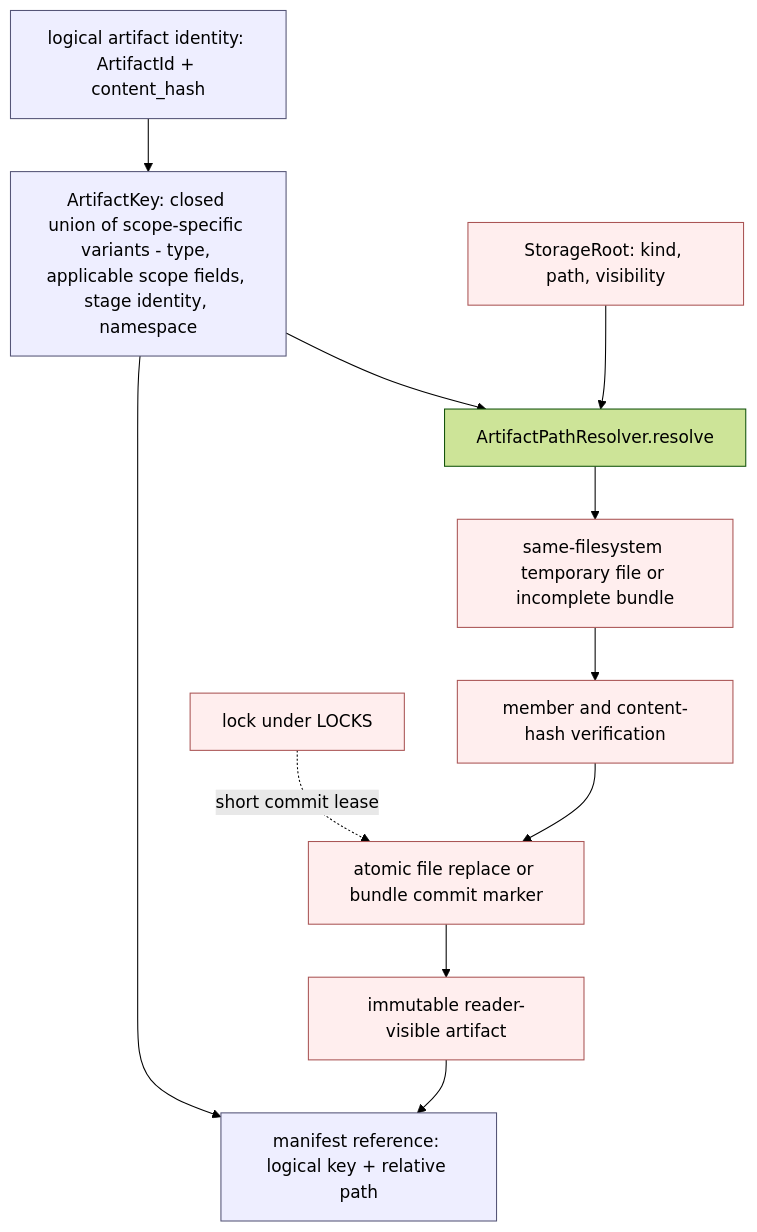
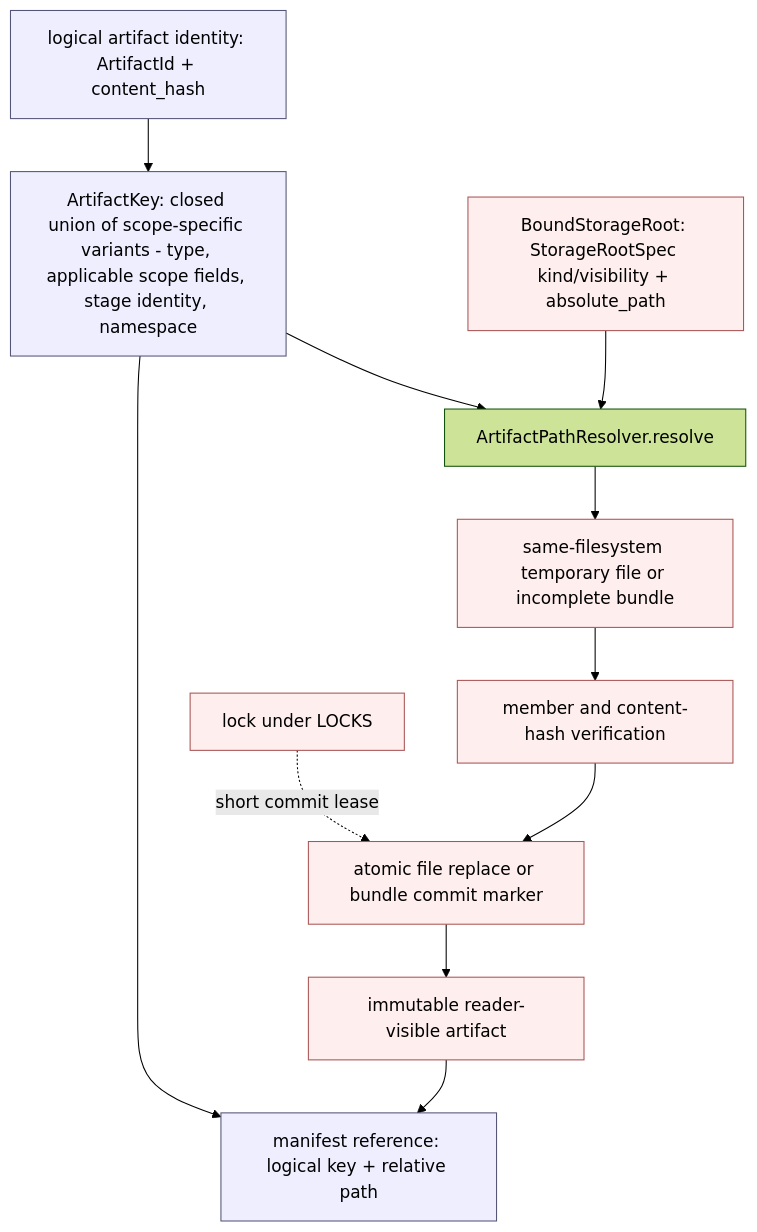
The seventh of 10 diagrams in docs/DATP Core Architecture.md (naslouby-salahe/datp-core), drawn with Mermaid (forest theme) before and after one commit. The commit also changed other lines of this file, not shown here.

Commit message:
Fix architecture

````diff
--- a/docs/DATP Core Architecture.md
+++ b/docs/DATP Core Architecture.md
@@ -1550,29 +1578,29 @@
 ```mermaid
 graph TD
     ID[logical artifact identity: ArtifactId + content_hash]
     KEY[ArtifactKey: closed union of scope-specific variants - type, applicable scope fields, stage identity, namespace]
-    ROOT[StorageRoot: kind, path, visibility]
+    ROOT[BoundStorageRoot: StorageRootSpec kind/visibility + absolute_path]
     RES[ArtifactPathResolver.resolve]
     TMP[same-filesystem temporary file or incomplete bundle]
     VERIFY[member and content-hash verification]
     COMMIT[atomic file replace or bundle commit marker]
     FINAL[immutable reader-visible artifact]
     MAN[manifest reference: logical key + relative path]
     LOCK[lock under LOCKS]
 
     ID --> KEY
     KEY --> RES
     ROOT --> RES
     RES --> TMP
     TMP --> VERIFY
     LOCK -.short commit lease.-> COMMIT
     VERIFY --> COMMIT
     COMMIT --> FINAL
     FINAL --> MAN
     KEY --> MAN
 
     classDef logical fill:#eef,stroke:#557;
     classDef physical fill:#fee,stroke:#a55;
     class ID,KEY,MAN logical;
     class ROOT,TMP,VERIFY,COMMIT,FINAL,LOCK physical;
 ```
````
